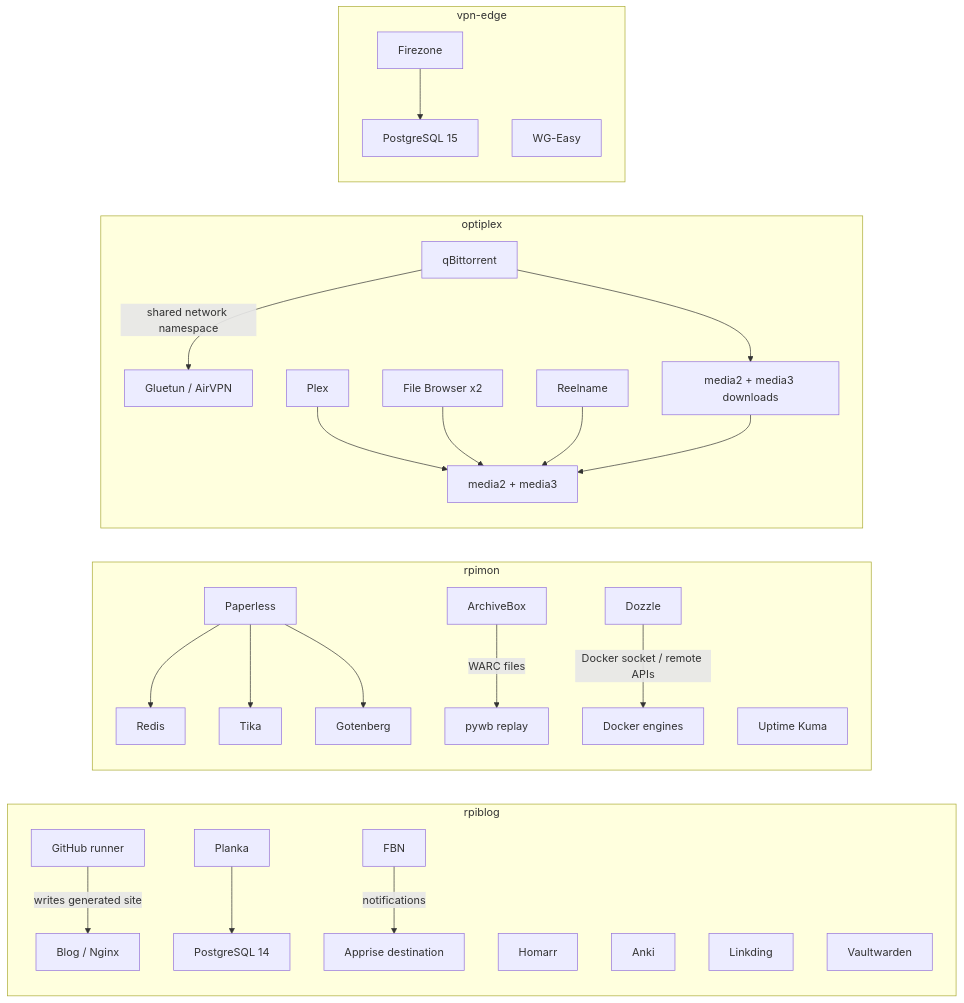
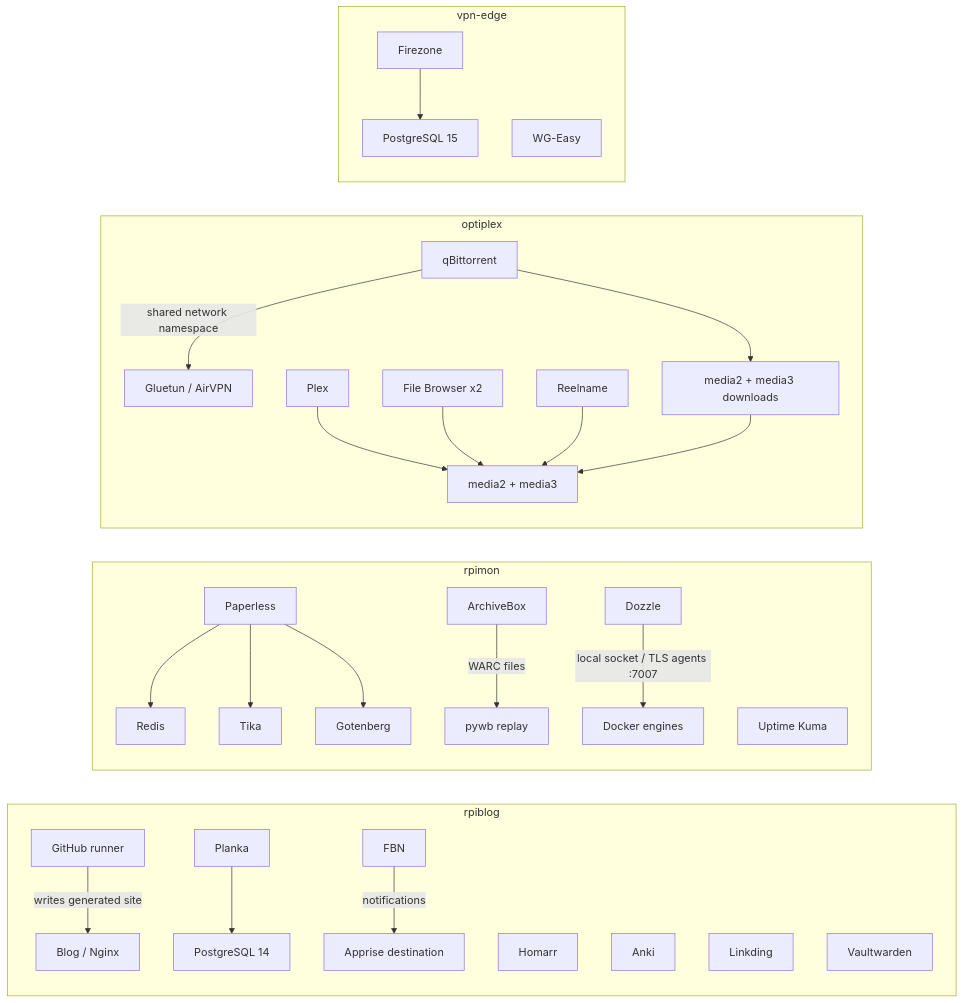
The second of 2 diagrams in docs/architecture.md (viseshrp/homelab), drawn with Mermaid before and after one commit. The commit also changed 19 other files, not shown here.

Commit message:
Migrate Dozzle remote hosts to agents

````diff
--- a/docs/architecture.md
+++ b/docs/architecture.md
@@ -43,35 +43,35 @@
 ```mermaid
 flowchart LR
     subgraph web["rpiblog"]
         runner["GitHub runner"] -->|"writes generated site"| blog["Blog / Nginx"]
         planka["Planka"] --> plankaDb["PostgreSQL 14"]
         homarr["Homarr"]
         anki["Anki"]
         linkding["Linkding"]
         vaultwarden["Vaultwarden"]
         fbn["FBN"] -->|"notifications"| apprise["Apprise destination"]
     end
 
     subgraph observability["rpimon"]
         paperless["Paperless"] --> redis["Redis"]
         paperless --> tika["Tika"]
         paperless --> gotenberg["Gotenberg"]
         archivebox["ArchiveBox"] -->|"WARC files"| pywb["pywb replay"]
         kuma["Uptime Kuma"]
-        dozzle["Dozzle"] -->|"Docker socket / remote APIs"| dockerHosts["Docker engines"]
+        dozzle["Dozzle"] -->|"local socket / TLS agents :7007"| dockerHosts["Docker engines"]
     end
 
     subgraph media["optiplex"]
         qbit["qBittorrent"] -->|"shared network namespace"| gluetun["Gluetun / AirVPN"]
         qbit --> downloads["media2 + media3 downloads"]
         plex["Plex"] --> mediaTrees["media2 + media3"]
         filebrowser["File Browser x2"] --> mediaTrees
         reelname["Reelname"] --> mediaTrees
         downloads --> mediaTrees
     end
 
     subgraph remote["vpn-edge"]
         firezone["Firezone"] --> firezoneDb["PostgreSQL 15"]
         wgeasy["WG-Easy"]
     end
 ```
````
